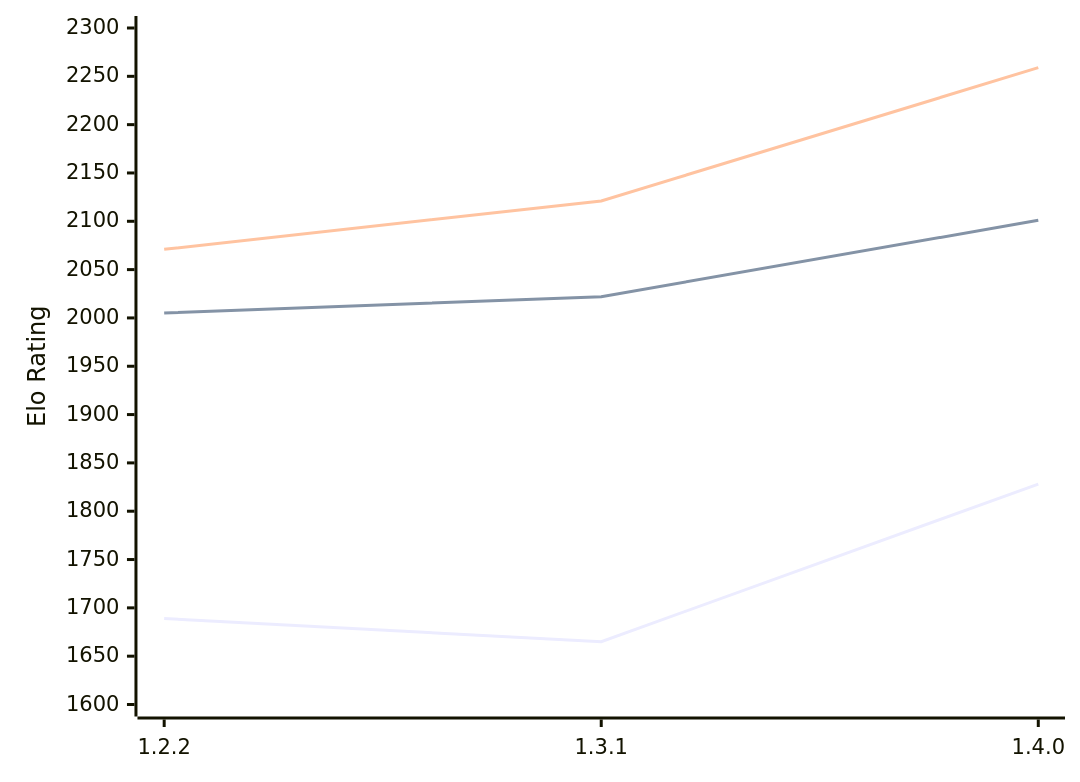
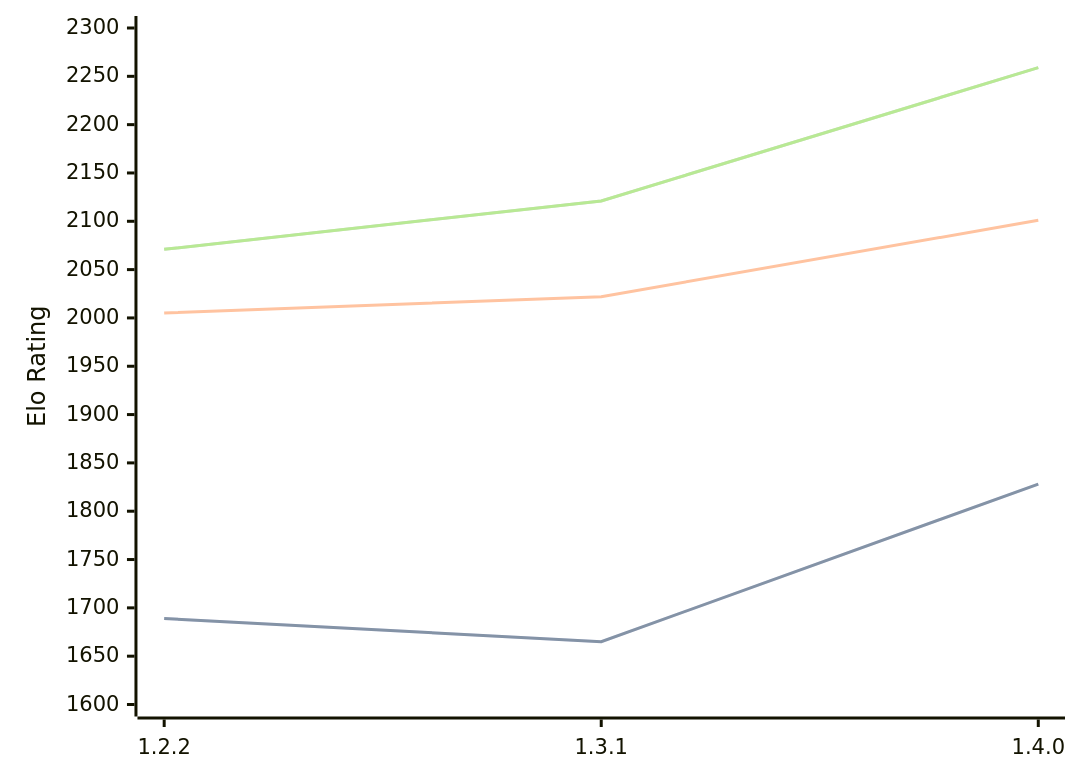
One commit to computer-chess-index/cci changed the diagram in engines/SoloEngine.md. Above: the diagram before and after it, drawn with Mermaid. The commit also changed other lines of this file, not shown here.

Commit message:
Update CCI Ratings (ELO VLTC) - 2026-02-13

````diff
--- a/engines/SoloEngine.md
+++ b/engines/SoloEngine.md
@@ -30,9 +30,11 @@
 ```mermaid
 %%{init: {"theme":"base","themeVariables":{"seriesColors:['#a3a3a3','#222221','#faa371']}}}%%
 xychart-beta
   x-axis ["1.2.2", "1.3.1", "1.4.0"]
   y-axis "Elo Rating" 1600 --> 2300
   line "STC (8.0+0.08s)" [1689, 1665, 1828]
+  line "STC (8.0+0.08s)" [1689, 1665, 1828]
   line "LTC (60.0+0.60s)" [2005, 2022, 2101]
   line "VLTC (2m24s+1.12s)" [2071, 2121, 2259]
+  line "VLTC (2m24s+1.12s)" [2071, 2121, 2259]
 ```
````
